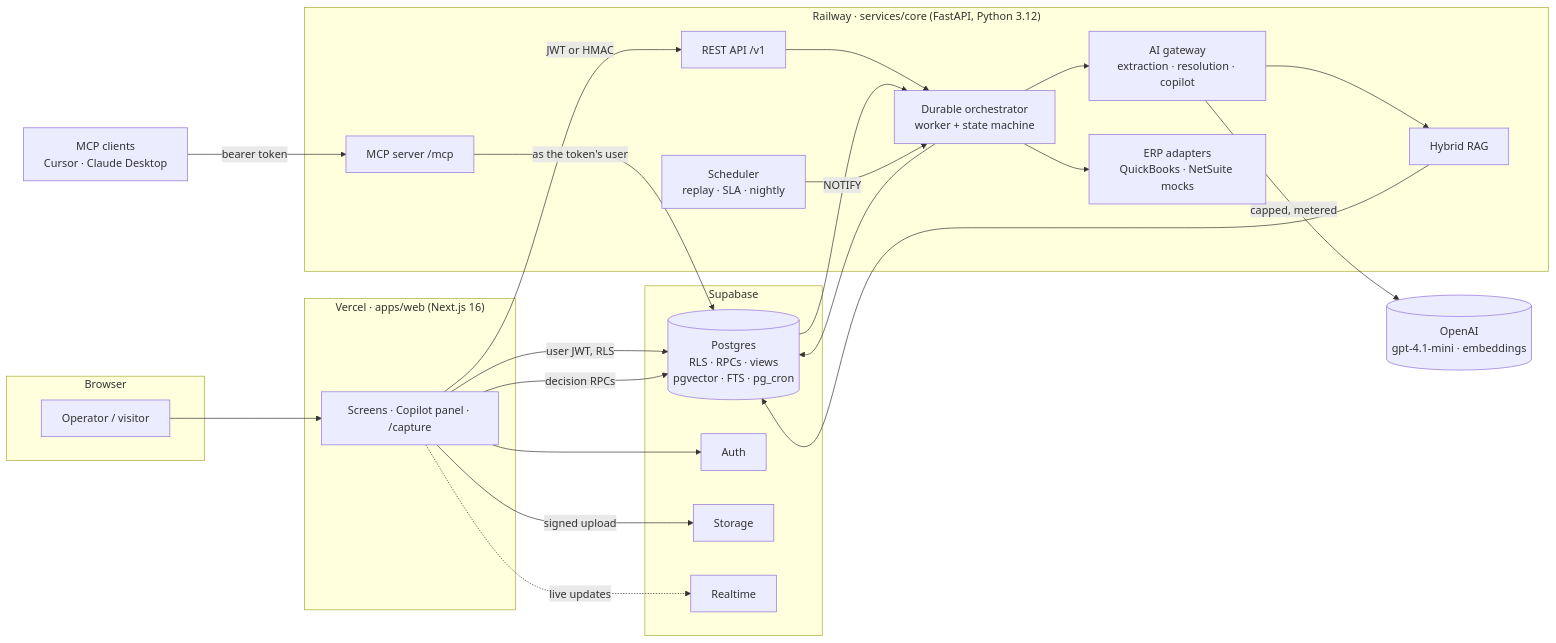
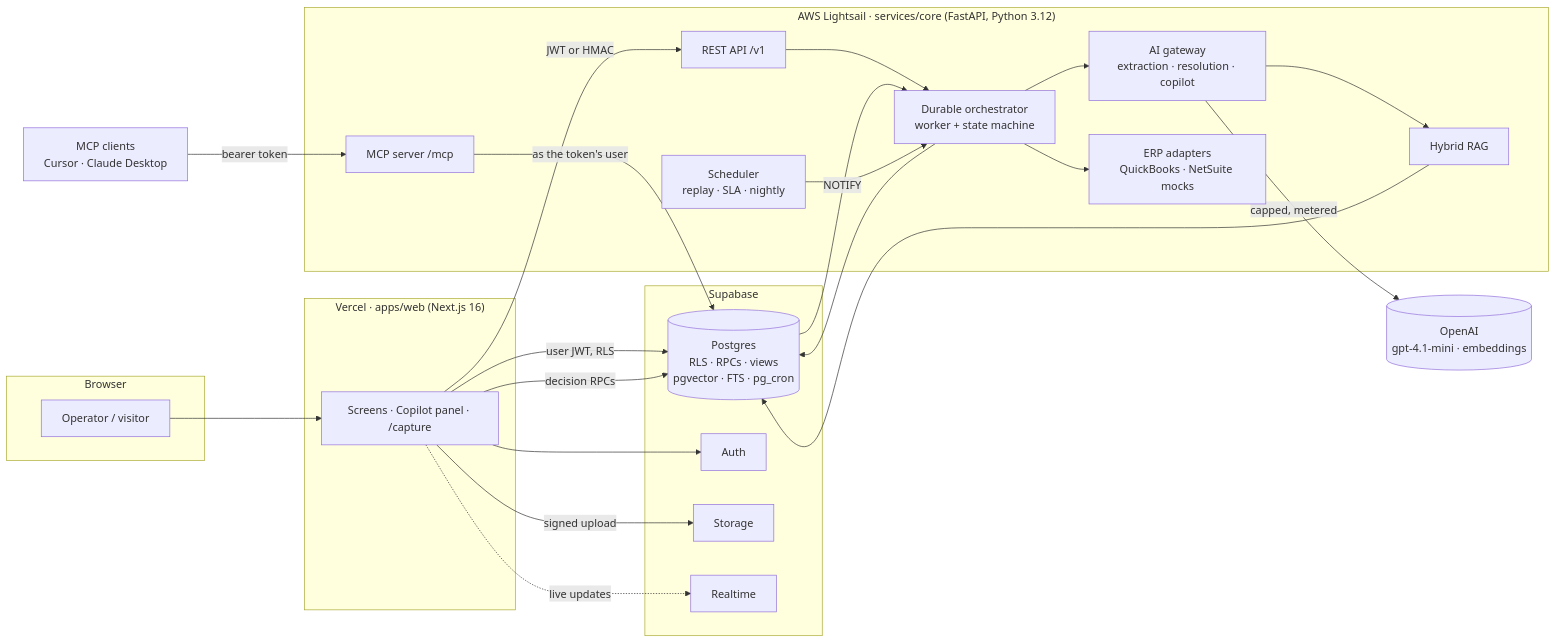
One commit to alihdrndm/ledgic changed the first of 2 diagrams in README.md. Above: the diagram before and after it, drawn with Mermaid. The commit also changed other lines of this file and 17 other files, not shown here.

First line of the commit message:
chore(core): deploy to a Lightsail container service instead of Railway (#97)

````diff
--- a/README.md
+++ b/README.md
@@ -129,45 +129,45 @@
 ```mermaid
 flowchart LR
   subgraph Browser
     U[Operator / visitor]
   end
   subgraph Vercel["Vercel · apps/web (Next.js 16)"]
     W[Screens · Copilot panel · /capture]
   end
-  subgraph Railway["Railway · services/core (FastAPI, Python 3.12)"]
+  subgraph Lightsail["AWS Lightsail · services/core (FastAPI, Python 3.12)"]
     API[REST API /v1]
     ORCH[Durable orchestrator<br/>worker + state machine]
     AI[AI gateway<br/>extraction · resolution · copilot]
     RAG[Hybrid RAG]
     MCP[MCP server /mcp]
     SCH[Scheduler<br/>replay · SLA · nightly]
     ERP[ERP adapters<br/>QuickBooks · NetSuite mocks]
   end
   subgraph Supabase
     PG[(Postgres<br/>RLS · RPCs · views<br/>pgvector · FTS · pg_cron)]
     AUTH[Auth]
     ST[Storage]
     RT[Realtime]
   end
   OAI[(OpenAI<br/>gpt-4.1-mini · embeddings)]
   MC[MCP clients<br/>Cursor · Claude Desktop]
 
   U --> W
   W -- user JWT, RLS --> PG
   W -- decision RPCs --> PG
   W -- JWT or HMAC --> API
   W -. live updates .-> RT
   W --> AUTH
   W -- signed upload --> ST
   API --> ORCH
   PG -- NOTIFY --> ORCH
   ORCH --> AI
   AI --> RAG
   RAG --> PG
   ORCH --> ERP
   ORCH --> PG
   SCH --> ORCH
   AI -- capped, metered --> OAI
   MC -- bearer token --> MCP
   MCP -- as the token's user --> PG
 ```
````
